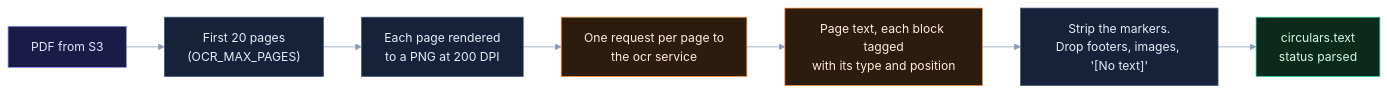
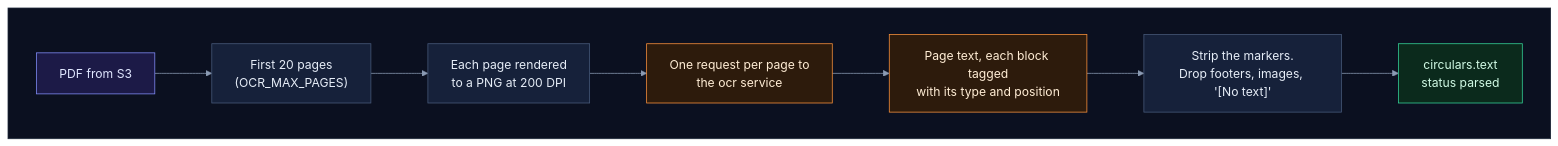
Before and after one commit to selvakumarperumal/Regulatory_Circular_Impact_Agent: the sixth of 21 diagrams in how_it_works.md, drawn with Mermaid. The commit also changed other lines of this file and 1 other file, not shown here.

````diff
--- a/how_it_works.md
+++ b/how_it_works.md
@@ -333,23 +354,27 @@
 ```mermaid
-%%{init: {"theme": "base", "themeVariables": {"darkMode": true, "primaryColor": "#16213a", "primaryTextColor": "#e6edf7", "primaryBorderColor": "#475a7a", "lineColor": "#8b9bb4", "secondaryColor": "#1b2436", "tertiaryColor": "#101a2e", "edgeLabelBackground": "#0f172a", "textColor": "#e2e8f0", "clusterBkg": "#0f1728", "clusterBorder": "#2b3a55", "titleColor": "#c4b5fd", "nodeTextColor": "#e6edf7"}}}%%
+%%{init: {"theme": "base", "flowchart": {"diagramPadding": 0}, "themeVariables": {"darkMode": true, "primaryColor": "#16213a", "primaryTextColor": "#e6edf7", "primaryBorderColor": "#475a7a", "lineColor": "#8b9bb4", "secondaryColor": "#1b2436", "tertiaryColor": "#101a2e", "edgeLabelBackground": "#0f172a", "textColor": "#e2e8f0", "clusterBkg": "#0f1728", "clusterBorder": "#2b3a55", "titleColor": "#c4b5fd", "nodeTextColor": "#e6edf7"}}}%%
 flowchart LR
-    pdf["PDF from S3"] --> pages["First 20 pages<br/>(OCR_MAX_PAGES)"]
-    pages --> png["Each page rendered<br/>to a PNG at 200 DPI"]
-    png --> request["One request per page to<br/>the ocr service"]
-    request --> raw["Page text, each block tagged<br/>with its type and position"]
-    raw --> clean["Strip the markers.<br/>Drop footers, images, '[No text]'"]
-    clean --> saved["circulars.text<br/>status parsed"]
+    subgraph canvas[" "]
+        direction LR
+        pdf["PDF from S3"] --> pages["First 20 pages<br/>(OCR_MAX_PAGES)"]
+        pages --> png["Each page rendered<br/>to a PNG at 200 DPI"]
+        png --> request["One request per page to<br/>the ocr service"]
+        request --> raw["Page text, each block tagged<br/>with its type and position"]
+        raw --> clean["Strip the markers.<br/>Drop footers, images, '[No text]'"]
+        clean --> saved["circulars.text<br/>status parsed"]
+    end
 
     classDef svc fill:#0e2a2c,stroke:#2dd4bf,color:#ccfbf1
     classDef data fill:#1c1a47,stroke:#818cf8,color:#e0e7ff
     classDef ext fill:#2a1640,stroke:#c084fc,color:#f3e8ff
     classDef gpu fill:#2d1b0c,stroke:#fb923c,color:#ffedd5
     classDef ask fill:#2a2410,stroke:#fbbf24,color:#fef3c7
     classDef ok fill:#0b2a1c,stroke:#34d399,color:#d1fae5
     classDef bad fill:#2e0f17,stroke:#fb7185,color:#ffe4e6
     classDef start fill:#1c2a0e,stroke:#a7ef6f,color:#ecfccb
     classDef muted fill:#1a2130,stroke:#64748b,color:#cbd5e1
     class pdf data
     class request,raw gpu
     class saved ok
+    style canvas fill:#0b1020,stroke:#1e293b,color:#0b1020
 ```
````
